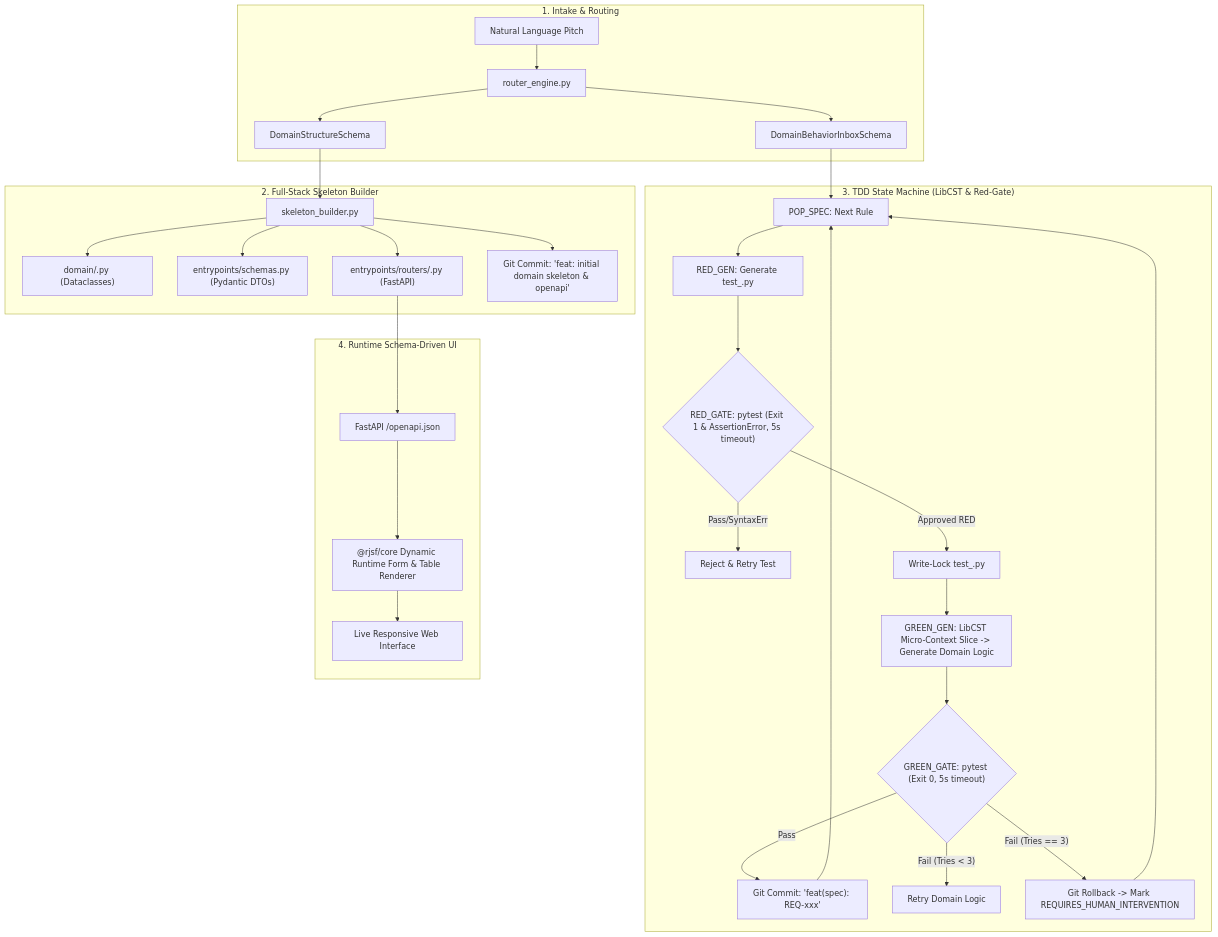
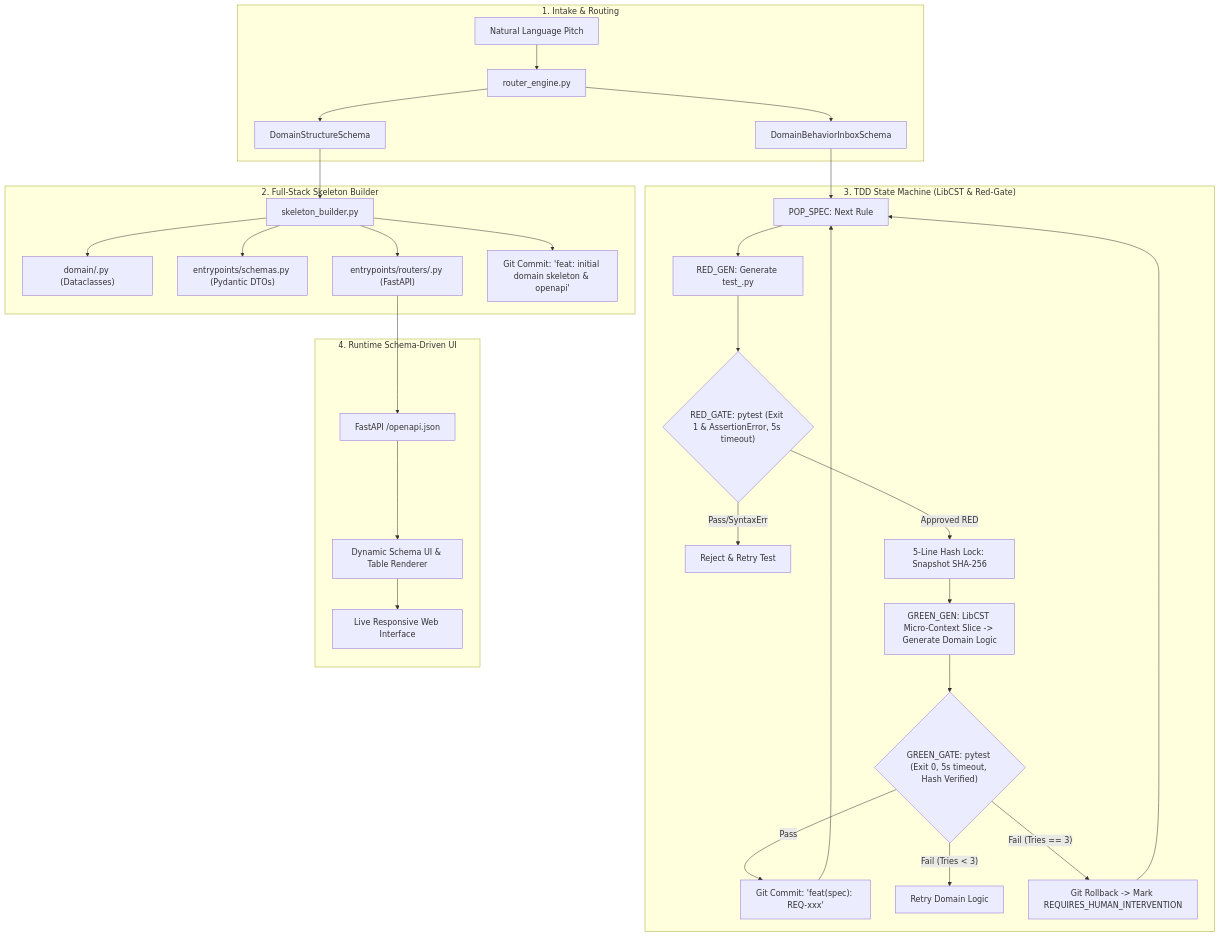
Before and after one commit to AlbinAhlstrom/provable: the diagram in vault/01-Architecture/Enterprise-AppGen-TDD-Engine-Architecture.md, drawn with Mermaid. The commit also changed other lines of this file and 17 other files, not shown here.

Commit message:
docs: complete massive documentation and architectural synchronization pass across vault and project

````diff
--- a/vault/01-Architecture/Enterprise-AppGen-TDD-Engine-Architecture.md
+++ b/vault/01-Architecture/Enterprise-AppGen-TDD-Engine-Architecture.md
@@ -45,38 +56,38 @@
 ```mermaid
 flowchart TD
     subgraph Intake ["1. Intake & Routing"]
         Pitch["Natural Language Pitch"] --> RouterEngine["router_engine.py"]
         RouterEngine --> Struct["DomainStructureSchema"]
         RouterEngine --> Inbox["DomainBehaviorInboxSchema"]
     end
 
     subgraph Skeleton ["2. Full-Stack Skeleton Builder"]
         Struct --> SkeletonGen["skeleton_builder.py"]
         SkeletonGen --> Domain["domain/<entity>.py (Dataclasses)"]
         SkeletonGen --> DTO["entrypoints/schemas.py (Pydantic DTOs)"]
         SkeletonGen --> Routers["entrypoints/routers/<entity>.py (FastAPI)"]
         SkeletonGen --> InitialCommit["Git Commit: 'feat: initial domain skeleton & openapi'"]
     end
 
     subgraph TDDStateMachine ["3. TDD State Machine (LibCST & Red-Gate)"]
         Inbox --> PopSpec["POP_SPEC: Next Rule"]
         PopSpec --> RedGen["RED_GEN: Generate test_<spec_id>.py"]
         RedGen --> RedRun{"RED_GATE: pytest (Exit 1 & AssertionError, 5s timeout)"}
         RedRun -- Pass/SyntaxErr --> RejectRed["Reject & Retry Test"]
-        RedRun -- Approved RED --> LockTest["Write-Lock test_<spec_id>.py"]
+        RedRun -- Approved RED --> HashLock["5-Line Hash Lock: Snapshot SHA-256"]
         
-        LockTest --> GreenGen["GREEN_GEN: LibCST Micro-Context Slice -> Generate Domain Logic"]
-        GreenGen --> GreenRun{"GREEN_GATE: pytest (Exit 0, 5s timeout)"}
+        HashLock --> GreenGen["GREEN_GEN: LibCST Micro-Context Slice -> Generate Domain Logic"]
+        GreenGen --> GreenRun{"GREEN_GATE: pytest (Exit 0, 5s timeout, Hash Verified)"}
         GreenRun -- Pass --> CommitSpec["Git Commit: 'feat(spec): REQ-xxx'"]
         GreenRun -- Fail (Tries < 3) --> RetryGreen["Retry Domain Logic"]
         GreenRun -- Fail (Tries == 3) --> DeadEnd["Git Rollback -> Mark REQUIRES_HUMAN_INTERVENTION"]
         DeadEnd --> PopSpec
         CommitSpec --> PopSpec
     end
 
     subgraph UIProjection ["4. Runtime Schema-Driven UI"]
         Routers --> OpenAPI["FastAPI /openapi.json"]
-        OpenAPI --> RJSF["@rjsf/core Dynamic Runtime Form & Table Renderer"]
+        OpenAPI --> RJSF["Dynamic Schema UI & Table Renderer"]
         RJSF --> AppView["Live Responsive Web Interface"]
     end
 ```
````
